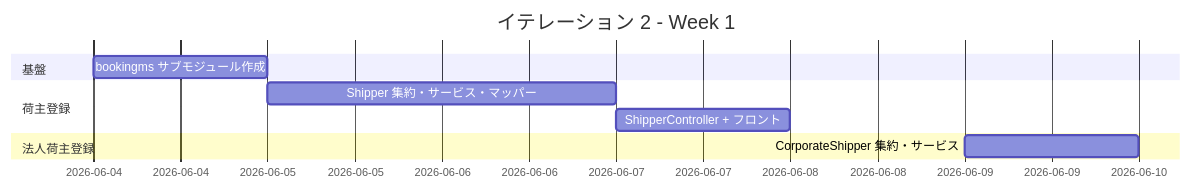
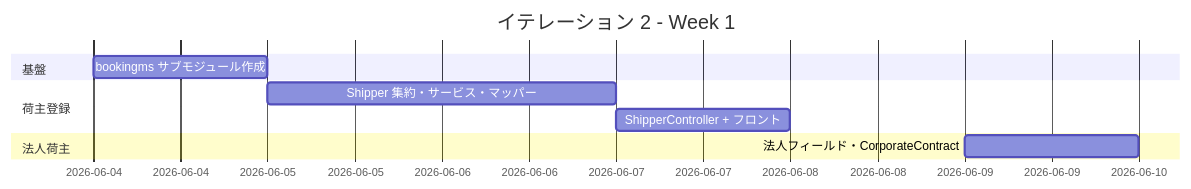
The first of 5 diagrams in docs/development/iteration_plan-2.md (k2works/case-study-cargo-tracker), drawn with Mermaid before and after one commit. The commit also changed other lines of this file, not shown here.

````diff
--- a/docs/development/iteration_plan-2.md
+++ b/docs/development/iteration_plan-2.md
@@ -182,12 +191,12 @@
 ```mermaid
 gantt
     title イテレーション 2 - Week 1
     dateFormat  YYYY-MM-DD
     section 基盤
     bookingms サブモジュール作成     :d1, 2026-06-04, 1d
     section 荷主登録
     Shipper 集約・サービス・マッパー :d2, after d1, 2d
     ShipperController + フロント    :d3, after d2, 1d
-    section 法人荷主登録
-    CorporateShipper 集約・サービス  :d4, 2026-06-09, 1d
+    section 法人荷主
+    法人フィールド・CorporateContract:d4, 2026-06-09, 1d
 ```
````
